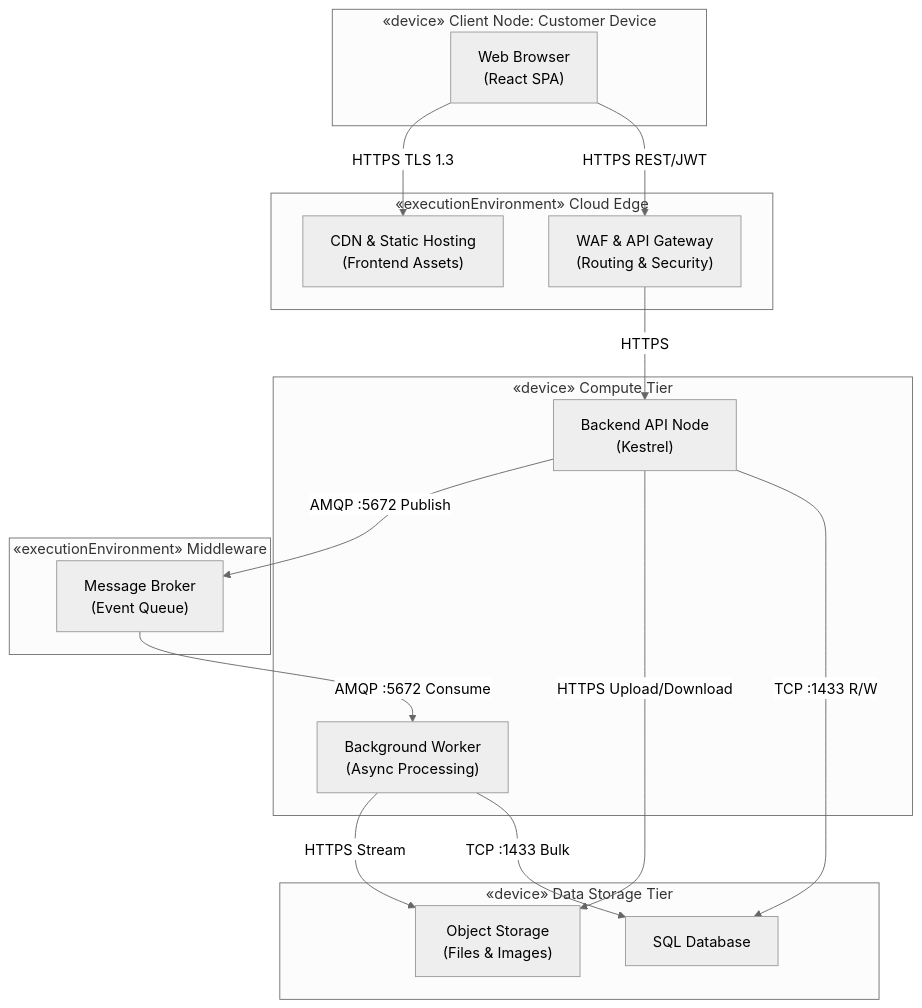
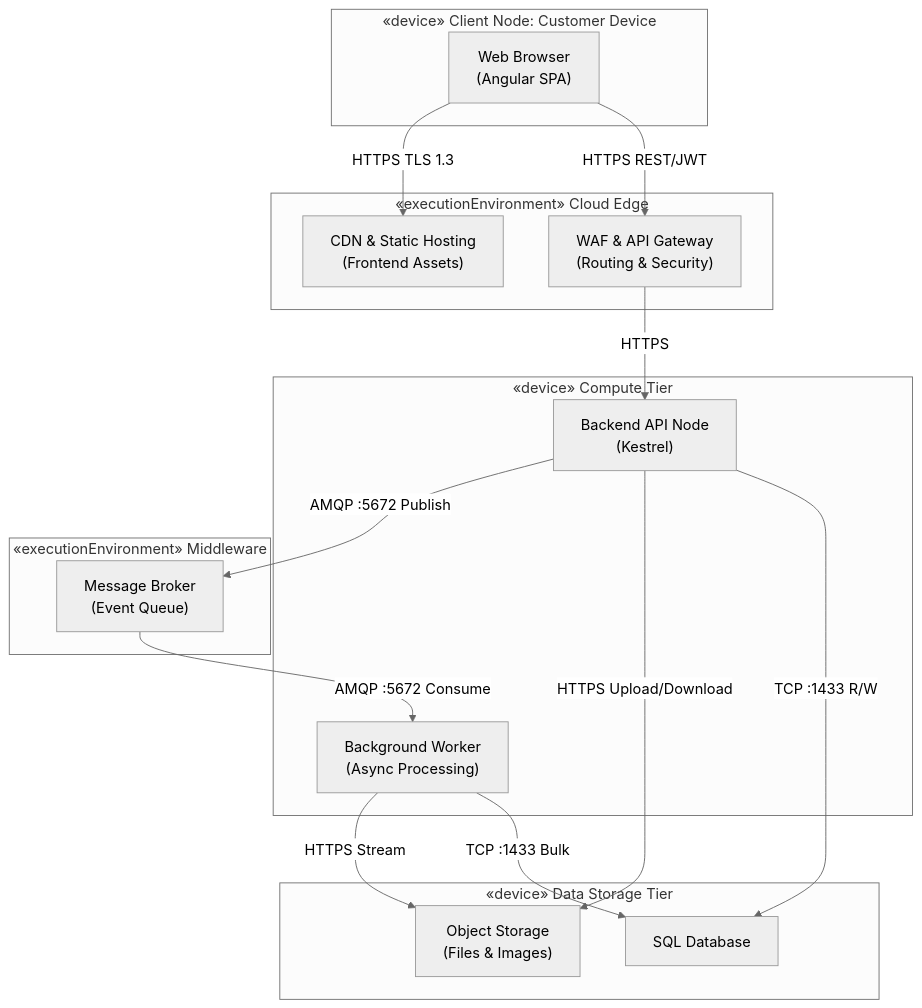
Before and after one commit to Kdu07/autonboard: the diagram in docs/Project.md, drawn with Mermaid (neutral theme). The commit also changed other lines of this file, not shown here.

````diff
--- a/docs/Project.md
+++ b/docs/Project.md
@@ -900,35 +898,35 @@
 ```mermaid
 graph TD
     subgraph Client["«device» Client Node: Customer Device"]
-        Browser["Web Browser\n(React SPA)"]
+        Browser["Web Browser\n(Angular SPA)"]
     end
 
     subgraph Edge["«executionEnvironment» Cloud Edge"]
         CDN["CDN & Static Hosting\n(Frontend Assets)"]
         WAF["WAF & API Gateway\n(Routing & Security)"]
     end
 
     subgraph Compute["«device» Compute Tier"]
         API["Backend API Node\n(Kestrel)"]
         Worker["Background Worker\n(Async Processing)"]
     end
 
     subgraph Middleware["«executionEnvironment» Middleware"]
         Queue["Message Broker\n(Event Queue)"]
     end
 
     subgraph Storage["«device» Data Storage Tier"]
         DB["SQL Database"]
         Blob["Object Storage\n(Files & Images)"]
     end
 
     Browser -->|HTTPS TLS 1.3| CDN
     Browser -->|HTTPS REST/JWT| WAF
     WAF -->|HTTPS| API
     API -->|AMQP :5672 Publish| Queue
     Queue -->|AMQP :5672 Consume| Worker
     API -->|HTTPS Upload/Download| Blob
     Worker -->|HTTPS Stream| Blob
     API -->|TCP :1433 R/W| DB
     Worker -->|TCP :1433 Bulk| DB
 ```
````
